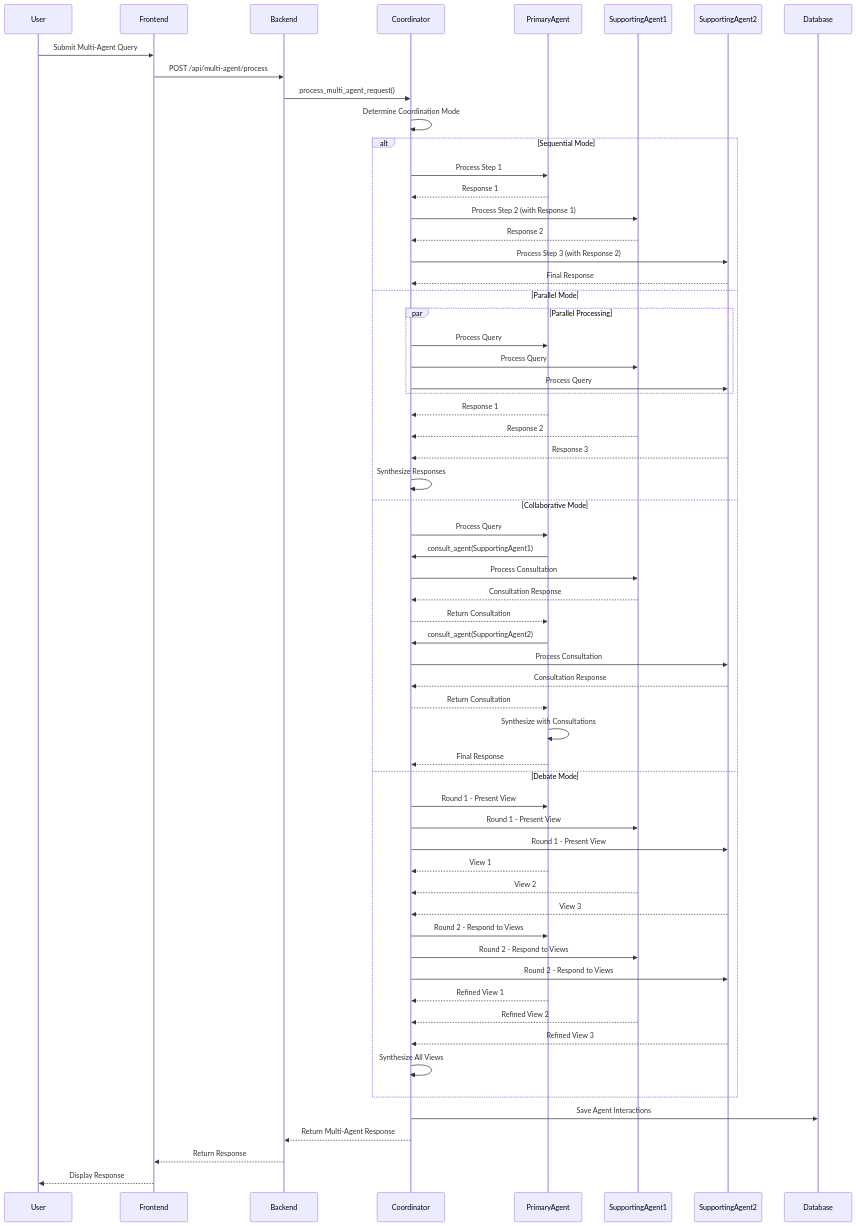
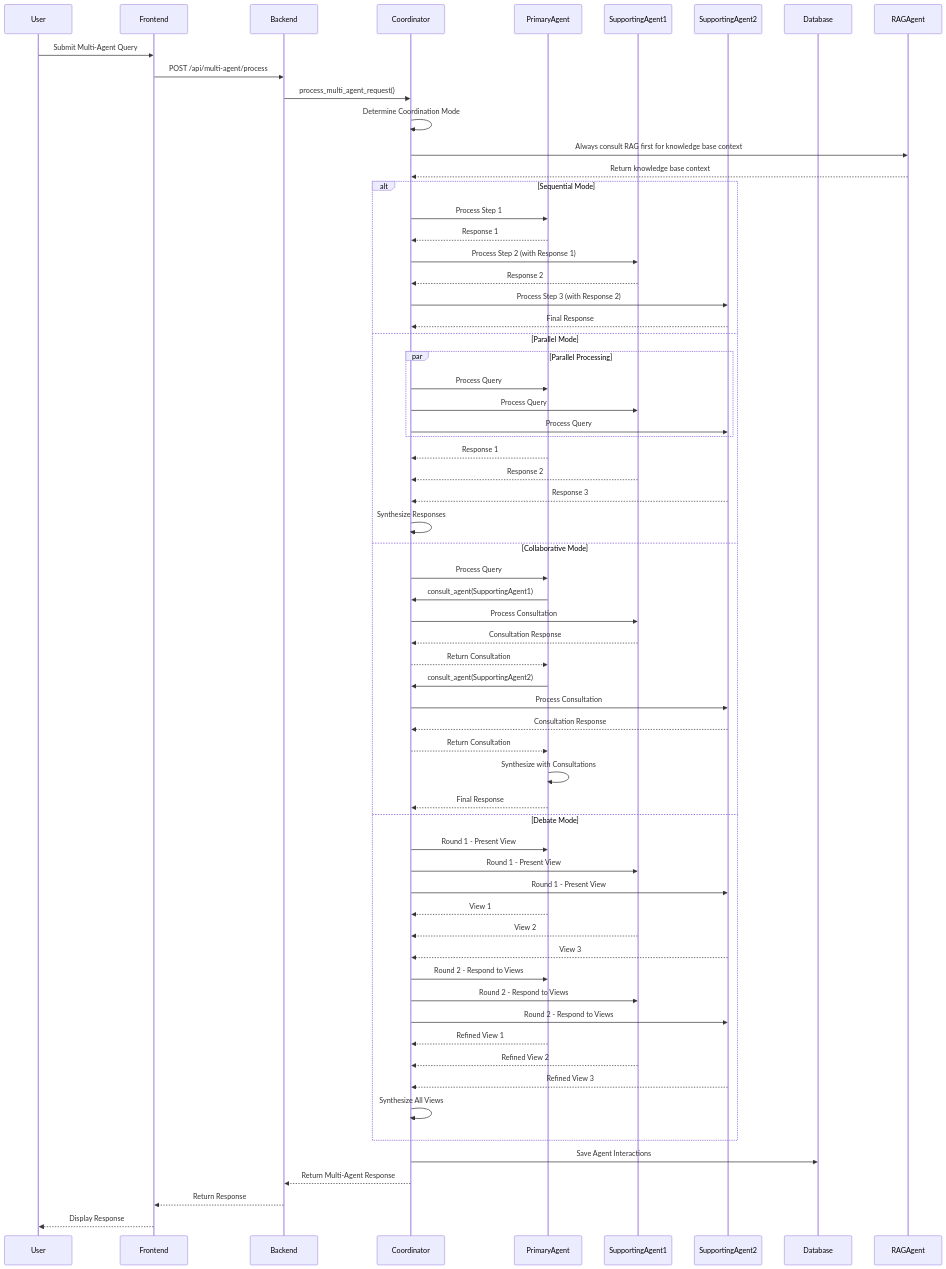
Before and after one commit to soumantrivedi/ideaforge-ai: the fifth of 10 diagrams in docs/02-detailed-design-architecture.md, drawn with Mermaid. The commit also changed other lines of this file and 33 other files, not shown here.

````diff
--- a/docs/02-detailed-design-architecture.md
+++ b/docs/02-detailed-design-architecture.md
@@ -293,66 +305,68 @@
 ```mermaid
 sequenceDiagram
     participant User
     participant Frontend
     participant Backend
     participant Coordinator
     participant PrimaryAgent
     participant SupportingAgent1
     participant SupportingAgent2
     participant Database
 
     User->>Frontend: Submit Multi-Agent Query
     Frontend->>Backend: POST /api/multi-agent/process
     Backend->>Coordinator: process_multi_agent_request()
     Coordinator->>Coordinator: Determine Coordination Mode
+    Coordinator->>RAGAgent: Always consult RAG first for knowledge base context
+    RAGAgent-->>Coordinator: Return knowledge base context
     
     alt Sequential Mode
         Coordinator->>PrimaryAgent: Process Step 1
         PrimaryAgent-->>Coordinator: Response 1
         Coordinator->>SupportingAgent1: Process Step 2 (with Response 1)
         SupportingAgent1-->>Coordinator: Response 2
         Coordinator->>SupportingAgent2: Process Step 3 (with Response 2)
         SupportingAgent2-->>Coordinator: Final Response
     else Parallel Mode
         par Parallel Processing
             Coordinator->>PrimaryAgent: Process Query
             Coordinator->>SupportingAgent1: Process Query
             Coordinator->>SupportingAgent2: Process Query
         end
         PrimaryAgent-->>Coordinator: Response 1
         SupportingAgent1-->>Coordinator: Response 2
         SupportingAgent2-->>Coordinator: Response 3
         Coordinator->>Coordinator: Synthesize Responses
     else Collaborative Mode
         Coordinator->>PrimaryAgent: Process Query
         PrimaryAgent->>Coordinator: consult_agent(SupportingAgent1)
         Coordinator->>SupportingAgent1: Process Consultation
         SupportingAgent1-->>Coordinator: Consultation Response
         Coordinator-->>PrimaryAgent: Return Consultation
         PrimaryAgent->>Coordinator: consult_agent(SupportingAgent2)
         Coordinator->>SupportingAgent2: Process Consultation
         SupportingAgent2-->>Coordinator: Consultation Response
         Coordinator-->>PrimaryAgent: Return Consultation
         PrimaryAgent->>PrimaryAgent: Synthesize with Consultations
         PrimaryAgent-->>Coordinator: Final Response
     else Debate Mode
         Coordinator->>PrimaryAgent: Round 1 - Present View
         Coordinator->>SupportingAgent1: Round 1 - Present View
         Coordinator->>SupportingAgent2: Round 1 - Present View
         PrimaryAgent-->>Coordinator: View 1
         SupportingAgent1-->>Coordinator: View 2
         SupportingAgent2-->>Coordinator: View 3
         Coordinator->>PrimaryAgent: Round 2 - Respond to Views
         Coordinator->>SupportingAgent1: Round 2 - Respond to Views
         Coordinator->>SupportingAgent2: Round 2 - Respond to Views
         PrimaryAgent-->>Coordinator: Refined View 1
         SupportingAgent1-->>Coordinator: Refined View 2
         SupportingAgent2-->>Coordinator: Refined View 3
         Coordinator->>Coordinator: Synthesize All Views
     end
     
     Coordinator->>Database: Save Agent Interactions
     Coordinator-->>Backend: Return Multi-Agent Response
     Backend-->>Frontend: Return Response
     Frontend-->>User: Display Response
 ```
````
